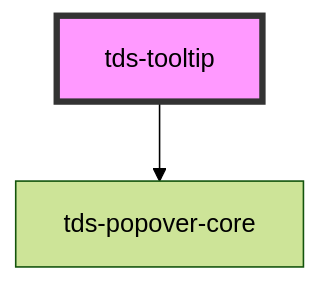
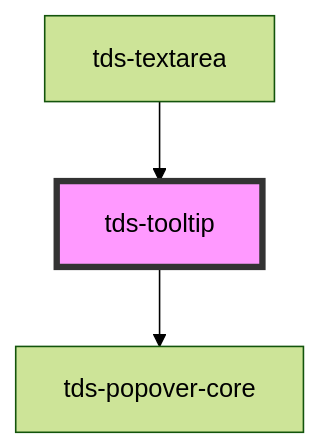
One commit to scania-digital-design-system/tegel changed the diagram in packages/core/src/components/tooltip/readme.md. Above: the diagram before and after it, drawn with Mermaid (forest theme). The commit also changed other lines of this file and 5 other files, not shown here.

Commit message:
feat(textarea): readonly state, toggle readonly icon, updated tooltip

````diff
--- a/packages/core/src/components/tooltip/readme.md
+++ b/packages/core/src/components/tooltip/readme.md
@@ -109,5 +113,6 @@
 ```mermaid
 graph TD;
   tds-tooltip --> tds-popover-core
+  tds-textarea --> tds-tooltip
   style tds-tooltip fill:#f9f,stroke:#333,stroke-width:4px
 ```
````
